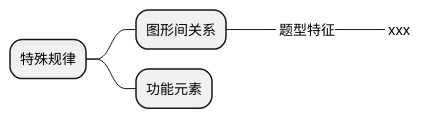
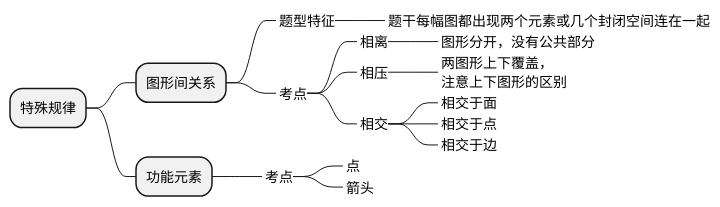
Before and after one commit to holmofy/blog.hufeifei.cn: the fifth of 10 diagrams in source/_posts/math/gongkao-tuili.md, drawn with PlantUML. The commit also changed other lines of this file and 141 other files, not shown here.

````diff
--- a/source/_posts/math/gongkao-tuili.md
+++ b/source/_posts/math/gongkao-tuili.md
@@ -148,9 +148,21 @@
 ```puml
 @startmindmap
 * 特殊规律
 ** 图形间关系
 ***_ 题型特征
-****_ xxx
+****_ 题干每幅图都出现两个元素或几个封闭空间连在一起
+***_ 考点
+****_ 相离
+*****_ 图形分开，没有公共部分
+****_ 相压
+*****_ 两图形上下覆盖，\n注意上下图形的区别
+****_ 相交
+*****_ 相交于面
+*****_ 相交于点
+*****_ 相交于边
 ** 功能元素
+***_ 考点
+****_ 点
+****_ 箭头
 @endmindmap
 ```
````
